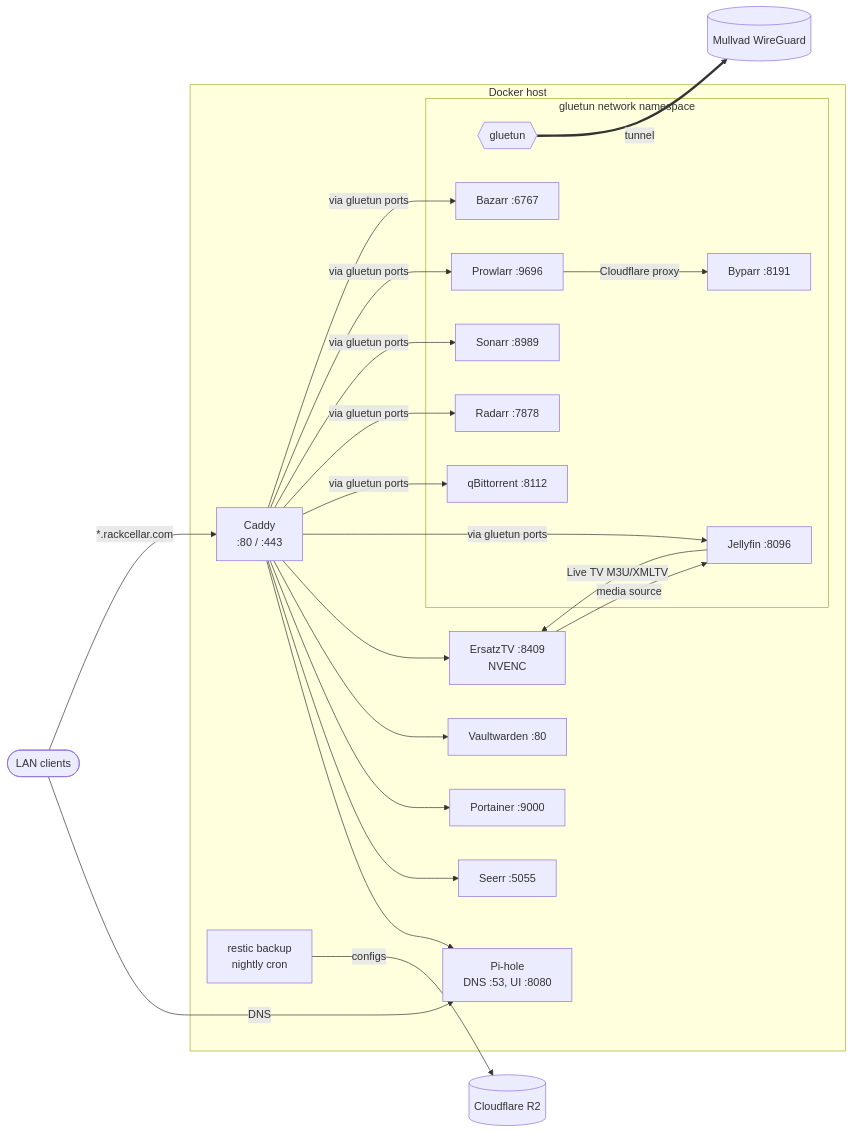
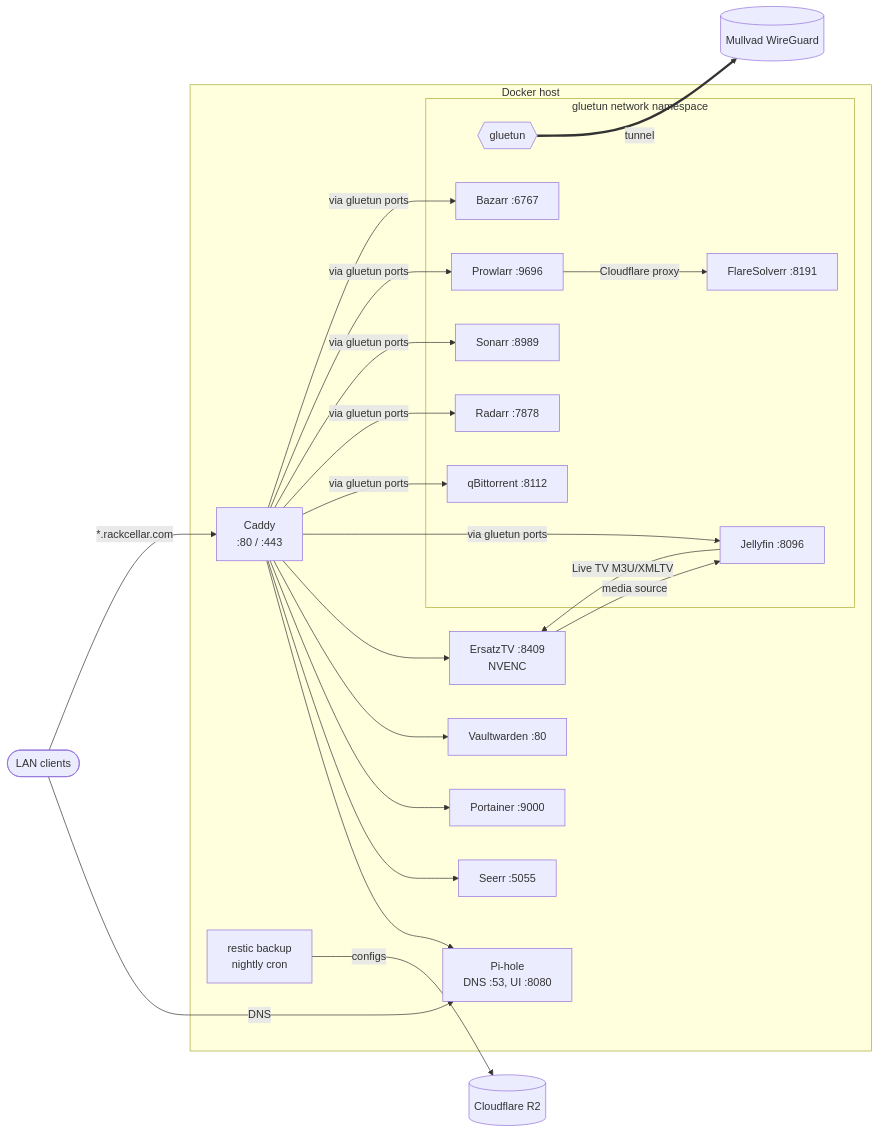
One commit to jonnynabors/docker changed the diagram in README.md. Above: the diagram before and after it, drawn with Mermaid. The commit also changed other lines of this file and 1 other file, not shown here.

Commit message:
use flaresolverr instead

````diff
--- a/README.md
+++ b/README.md
@@ -7,41 +7,41 @@
 ```mermaid
 flowchart LR
     LAN([LAN clients])
     Mullvad[(Mullvad WireGuard)]
     R2[(Cloudflare R2)]
 
     subgraph host[Docker host]
         pihole[Pi-hole<br/>DNS :53, UI :8080]
         caddy[Caddy<br/>:80 / :443]
         seerr[Seerr :5055]
         portainer[Portainer :9000]
         vault[Vaultwarden :80]
         ersatztv[ErsatzTV :8409<br/>NVENC]
         backup[restic backup<br/>nightly cron]
 
         subgraph vpn[gluetun network namespace]
             gluetun{{gluetun}}
             jellyfin[Jellyfin :8096]
             qbit[qBittorrent :8112]
             radarr[Radarr :7878]
             sonarr[Sonarr :8989]
             prowlarr[Prowlarr :9696]
-            byparr[Byparr :8191]
+            flaresolverr[FlareSolverr :8191]
             bazarr[Bazarr :6767]
         end
     end
 
     LAN -- DNS --> pihole
     LAN -- "*.rackcellar.com" --> caddy
     caddy --> pihole
     caddy --> seerr
     caddy --> portainer
     caddy --> vault
     caddy --> ersatztv
     jellyfin -- Live TV M3U/XMLTV --> ersatztv
     ersatztv -- media source --> jellyfin
-    prowlarr -- Cloudflare proxy --> byparr
+    prowlarr -- Cloudflare proxy --> flaresolverr
     backup -- configs --> R2
     caddy -- via gluetun ports --> jellyfin & qbit & radarr & sonarr & prowlarr & bazarr
     gluetun == tunnel ==> Mullvad
 ```
````
